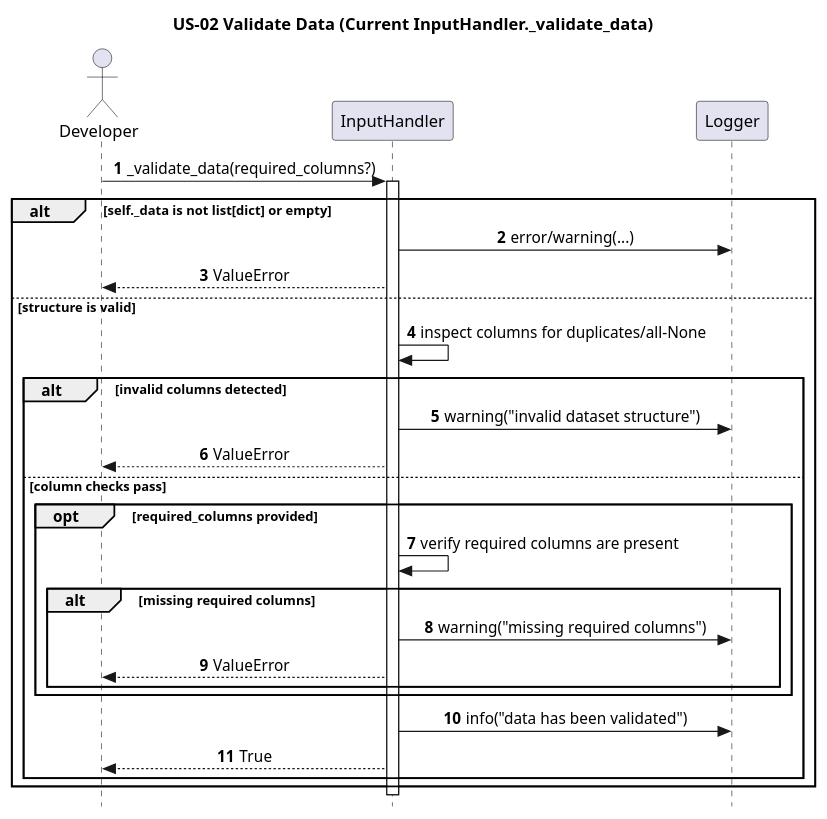
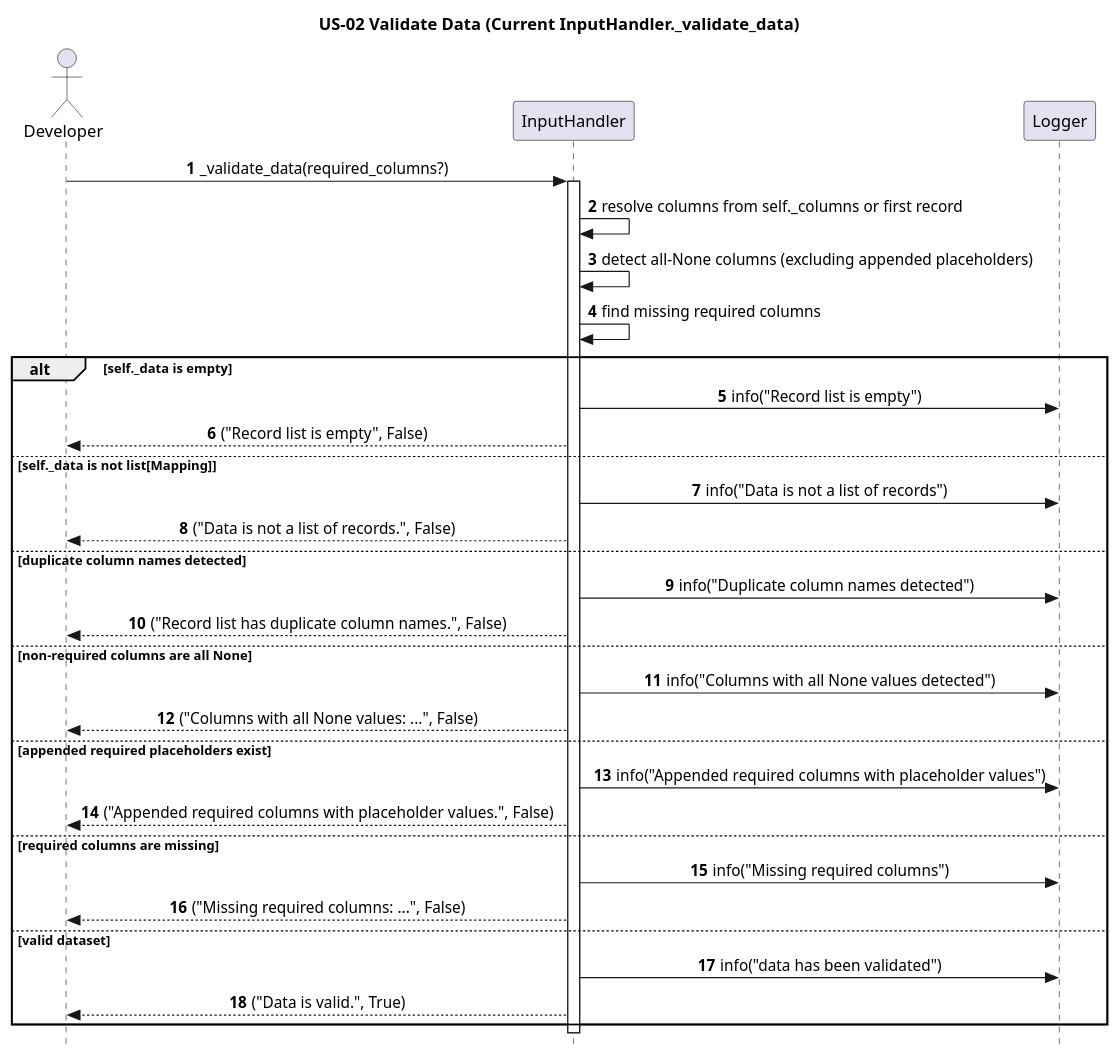
The diagram in docs/puml/US/us-02.puml (egrembocki/htmrl), drawn with PlantUML before and after one commit. The commit also changed 3 other files, not shown here.

Commit message:
Update US PUML flows for InputHandler and FFT changes

```diff
--- a/docs/puml/US/us-02.puml
+++ b/docs/puml/US/us-02.puml
@@ -1,40 +1,43 @@
 @startuml
 skinparam style strictuml
 skinparam sequenceMessageAlign center
 skinparam responseMessageBelowArrow true
 autonumber
 
 title US-02 Validate Data (Current InputHandler._validate_data)
 
 actor Developer
 participant "InputHandler" as IH
 participant "Logger" as LOG
 
 Developer -> IH: _validate_data(required_columns?)
 activate IH
+IH -> IH: resolve columns from self._columns or first record
+IH -> IH: detect all-None columns (excluding appended placeholders)
+IH -> IH: find missing required columns
 
-alt self._data is not list[dict] or empty
-  IH -> LOG: error/warning(...)
-  IH --> Developer: ValueError
-else structure is valid
-  IH -> IH: inspect columns for duplicates/all-None
-
-  alt invalid columns detected
-    IH -> LOG: warning("invalid dataset structure")
-    IH --> Developer: ValueError
-  else column checks pass
-    opt required_columns provided
-      IH -> IH: verify required columns are present
-      alt missing required columns
-        IH -> LOG: warning("missing required columns")
-        IH --> Developer: ValueError
-      end
-    end
-
-    IH -> LOG: info("data has been validated")
-    IH --> Developer: True
-  end
+alt self._data is empty
+  IH -> LOG: info("Record list is empty")
+  IH --> Developer: ("Record list is empty", False)
+else self._data is not list[Mapping]
+  IH -> LOG: info("Data is not a list of records")
+  IH --> Developer: ("Data is not a list of records.", False)
+else duplicate column names detected
+  IH -> LOG: info("Duplicate column names detected")
+  IH --> Developer: ("Record list has duplicate column names.", False)
+else non-required columns are all None
+  IH -> LOG: info("Columns with all None values detected")
+  IH --> Developer: ("Columns with all None values: ...", False)
+else appended required placeholders exist
+  IH -> LOG: info("Appended required columns with placeholder values")
+  IH --> Developer: ("Appended required columns with placeholder values.", False)
+else required columns are missing
+  IH -> LOG: info("Missing required columns")
+  IH --> Developer: ("Missing required columns: ...", False)
+else valid dataset
+  IH -> LOG: info("data has been validated")
+  IH --> Developer: ("Data is valid.", True)
 end
 
 deactivate IH
 @enduml
```
